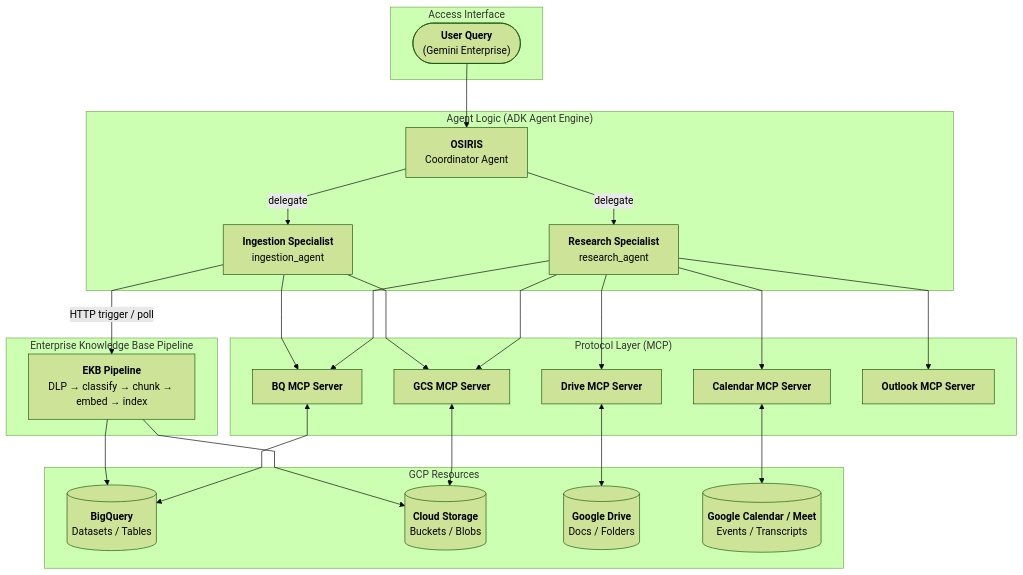
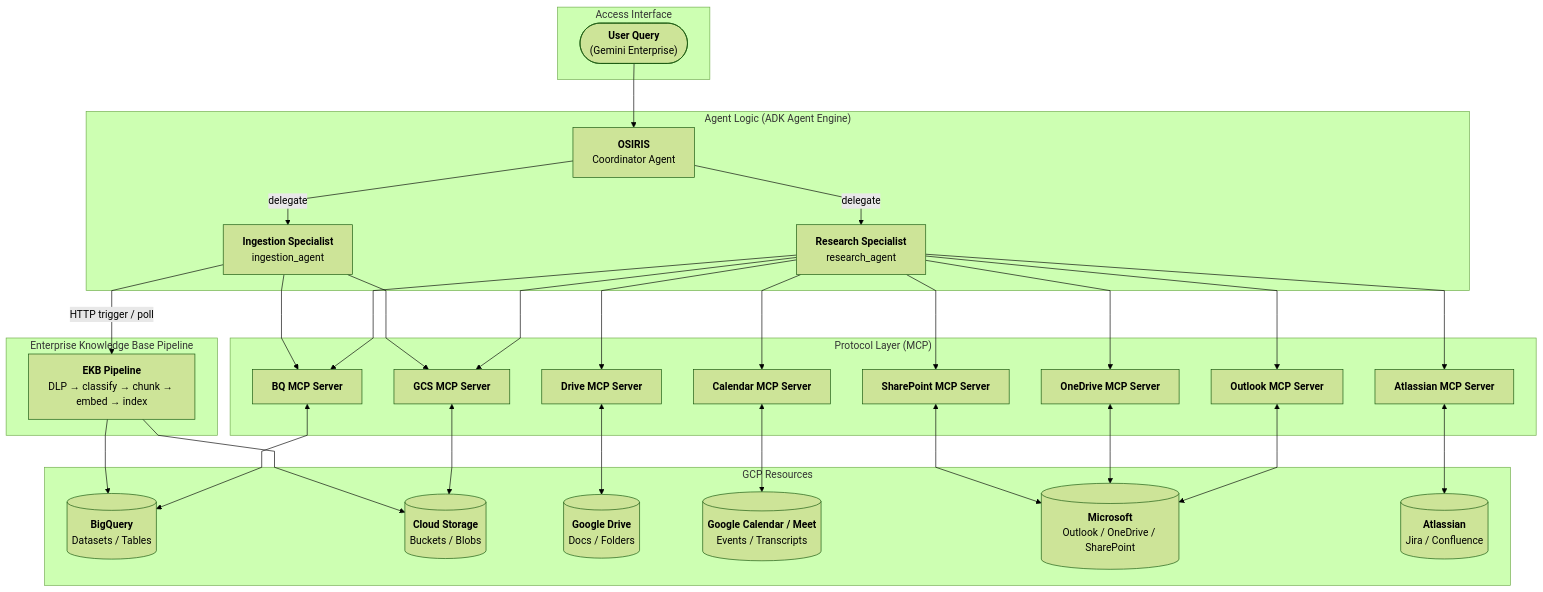
Before and after one commit to eamadorm-endava/Research-Agent: the diagram in README.md, drawn with Mermaid (forest theme). The commit also changed other lines of this file and 37 other files, not shown here.

````diff
--- a/README.md
+++ b/README.md
@@ -37,59 +40,71 @@
 ```mermaid
 %%{init: {'flowchart': {'curve': 'linear'}}}%%
 graph TD
     subgraph Entry ["Access Interface"]
         User(["<b>User Query</b><br/>(Gemini Enterprise)"])
     end
 
     subgraph Core ["Agent Logic (ADK Agent Engine)"]
         Coordinator["<b>OSIRIS</b><br/>Coordinator Agent"]
         ResSpec["<b>Research Specialist</b><br/>research_agent"]
         IngSpec["<b>Ingestion Specialist</b><br/>ingestion_agent"]
         Coordinator -->|delegate| ResSpec
         Coordinator -->|delegate| IngSpec
     end
 
     subgraph Gateway ["Protocol Layer (MCP)"]
         BQ_MCP["<b>BQ MCP Server</b>"]
         GCS_MCP["<b>GCS MCP Server</b>"]
         Drive_MCP["<b>Drive MCP Server</b>"]
         Calendar_MCP["<b>Calendar MCP Server</b>"]
         Outlook_MCP["<b>Outlook MCP Server</b>"]
+        OneDrive_MCP["<b>OneDrive MCP Server</b>"]
+        SharePoint_MCP["<b>SharePoint MCP Server</b>"]
+        Atlassian_MCP["<b>Atlassian MCP Server</b>"]
     end
 
     subgraph Service ["GCP Resources"]
         BQ_Res[("<b>BigQuery</b><br/>Datasets / Tables")]
         GCS_Res[("<b>Cloud Storage</b><br/>Buckets / Blobs")]
         Drive_Res[("<b>Google Drive</b><br/>Docs / Folders")]
         Calendar_Res[("<b>Google Calendar / Meet</b><br/>Events / Transcripts")]
+        Microsoft_Res[("<b>Microsoft</b><br/>Outlook / OneDrive / SharePoint")]
+        Atlassian_Res[("<b>Atlassian</b><br/>Jira / Confluence")]
     end
 
     subgraph EKBPipeline ["Enterprise Knowledge Base Pipeline"]
         EKB["<b>EKB Pipeline</b><br/>DLP → classify → chunk → embed → index"]
     end
 
     %% User entry
     User --> Coordinator
 
     %% OSIRIS (Research Specialist) MCP access
     ResSpec --> BQ_MCP
     ResSpec --> GCS_MCP
     ResSpec --> Drive_MCP
     ResSpec --> Calendar_MCP
     ResSpec --> Outlook_MCP
+    ResSpec --> OneDrive_MCP
+    ResSpec --> SharePoint_MCP
+    ResSpec --> Atlassian_MCP
 
     %% Ingestion agent MCP + EKB access
     IngSpec --> BQ_MCP
     IngSpec --> GCS_MCP
     IngSpec -->|HTTP trigger / poll| EKB
 
-    %% MCP ↔ GCP
+    %% MCP ↔ GCP / External
     BQ_MCP <--> BQ_Res
     GCS_MCP <--> GCS_Res
     Drive_MCP <--> Drive_Res
     Calendar_MCP <--> Calendar_Res
+    Outlook_MCP <--> Microsoft_Res
+    OneDrive_MCP <--> Microsoft_Res
+    SharePoint_MCP <--> Microsoft_Res
+    Atlassian_MCP <--> Atlassian_Res
 
     %% EKB writes to storage
     EKB --> GCS_Res
     EKB --> BQ_Res
 ```
````
